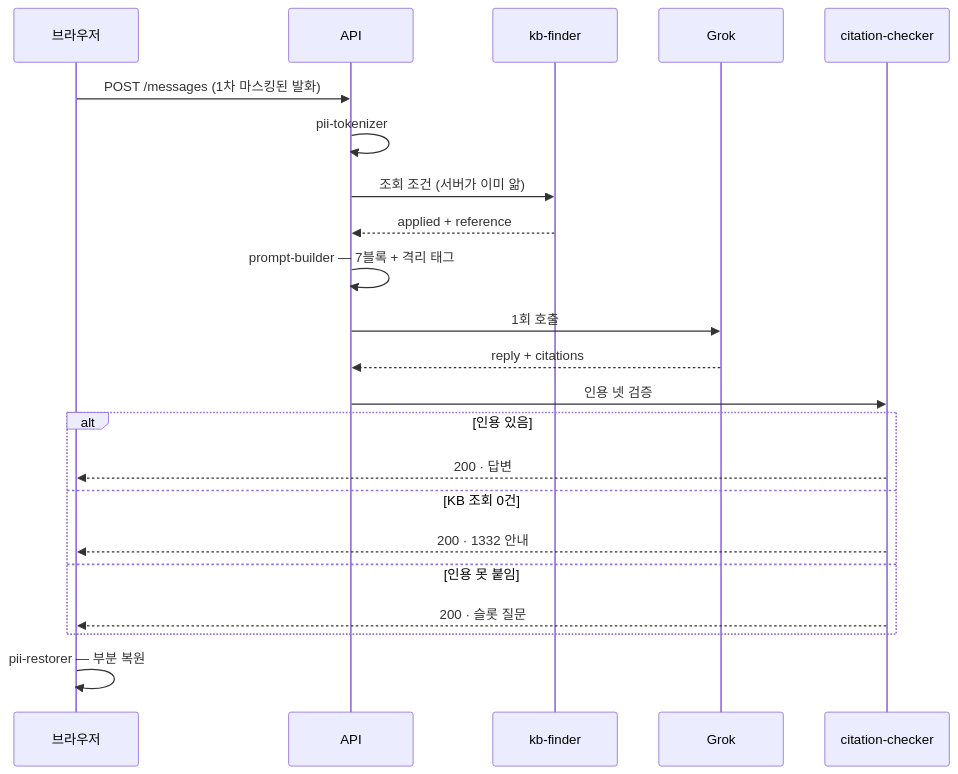
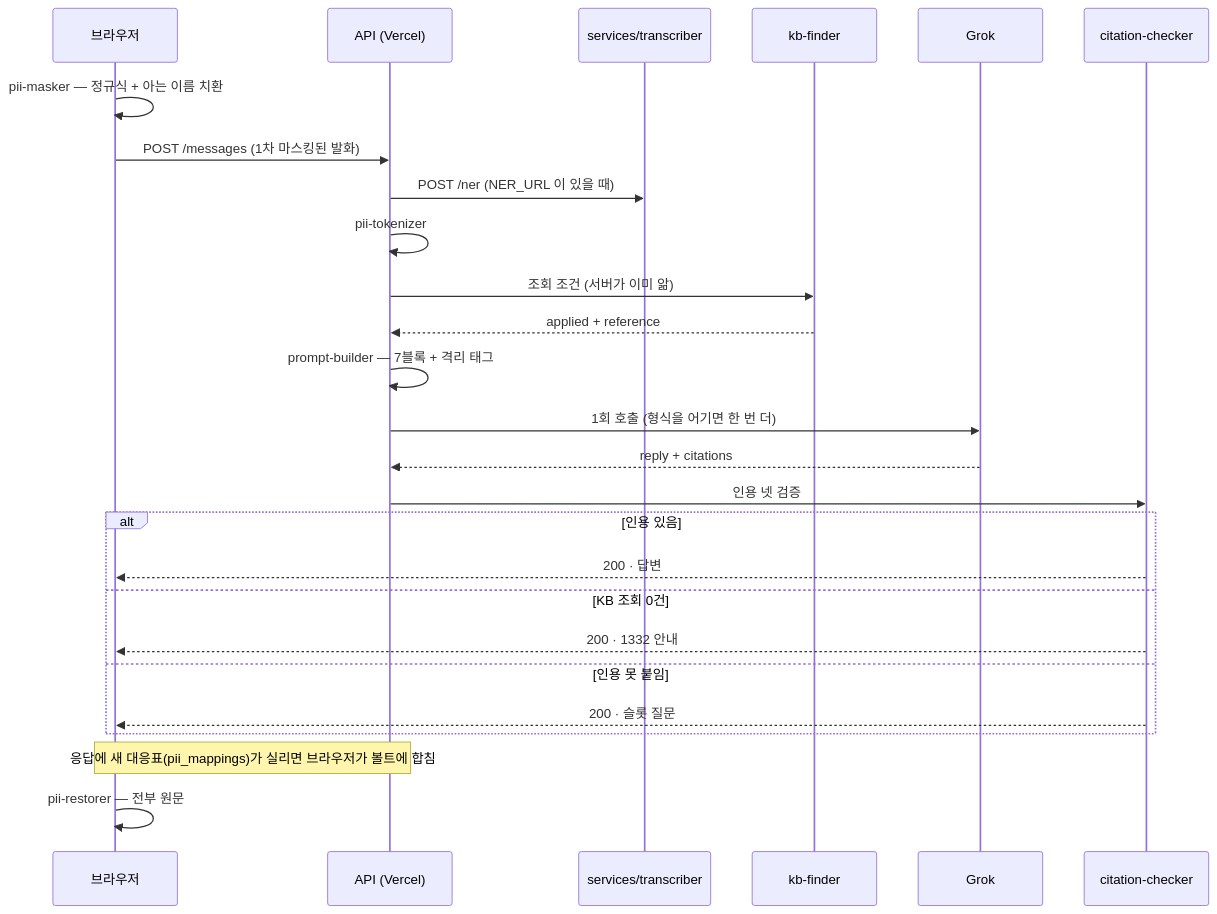
One commit to Dojaegyum/fsec-ai-challenge changed the ninth of 9 diagrams in ARCHITECTURE.md. Above: the diagram before and after it, drawn with Mermaid. The commit also changed other lines of this file and 9 other files, not shown here.

First line of the commit message:
ARCHITECTURE.md 를 2026-09-06 main 기준으로 다시 쓴다 — 앱 밖 모델 서비스 · 볼트 · 크론 셋 · 실제 데이터 흐름을 그리고 미결 절은 없앤다 (doc-gardening 셋째 손질)

````diff
--- a/ARCHITECTURE.md
+++ b/ARCHITECTURE.md
@@ -380,25 +497,29 @@
 ```mermaid
 sequenceDiagram
     participant B as 브라우저
-    participant A as API
+    participant A as API (Vercel)
+    participant S as services/transcriber
     participant K as kb-finder
     participant G as Grok
     participant C as citation-checker
 
+    B->>B: pii-masker — 정규식 + 아는 이름 치환
     B->>A: POST /messages (1차 마스킹된 발화)
+    A->>S: POST /ner (NER_URL 이 있을 때)
     A->>A: pii-tokenizer
     A->>K: 조회 조건 (서버가 이미 앎)
     K-->>A: applied + reference
     A->>A: prompt-builder — 7블록 + 격리 태그
-    A->>G: 1회 호출
+    A->>G: 1회 호출 (형식을 어기면 한 번 더)
     G-->>A: reply + citations
     A->>C: 인용 넷 검증
     alt 인용 있음
         C-->>B: 200 · 답변
     else KB 조회 0건
         C-->>B: 200 · 1332 안내
     else 인용 못 붙임
         C-->>B: 200 · 슬롯 질문
     end
-    B->>B: pii-restorer — 부분 복원
+    Note over A,B: 응답에 새 대응표(pii_mappings)가 실리면 브라우저가 볼트에 합침
+    B->>B: pii-restorer — 전부 원문
 ```
````
